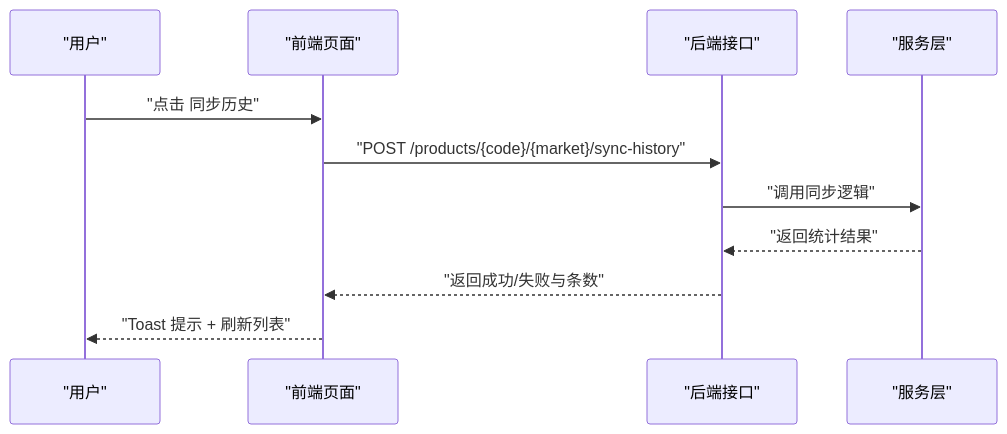
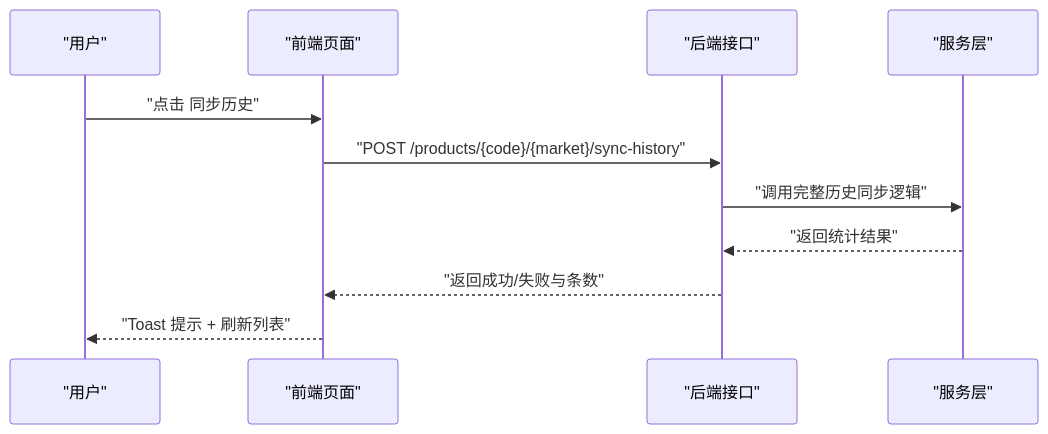
Before and after one commit to gujialind/InvestRing: the seventh of 8 diagrams in .qoder/repowiki/zh/content/数据同步系统/历史数据回补.md, drawn with Mermaid. The commit also changed other lines of this file and 39 other files, not shown here.

````diff
--- a/.qoder/repowiki/zh/content/数据同步系统/历史数据回补.md
+++ b/.qoder/repowiki/zh/content/数据同步系统/历史数据回补.md
@@ -233,13 +259,13 @@
 ```mermaid
 sequenceDiagram
 participant U as "用户"
 participant FE as "前端页面"
 participant API as "后端接口"
 participant SVC as "服务层"
 U->>FE : "点击 同步历史"
 FE->>API : "POST /products/{code}/{market}/sync-history"
-API->>SVC : "调用同步逻辑"
+API->>SVC : "调用完整历史同步逻辑"
 SVC-->>API : "返回统计结果"
 API-->>FE : "返回成功/失败与条数"
 FE-->>U : "Toast 提示 + 刷新列表"
 ```
````
